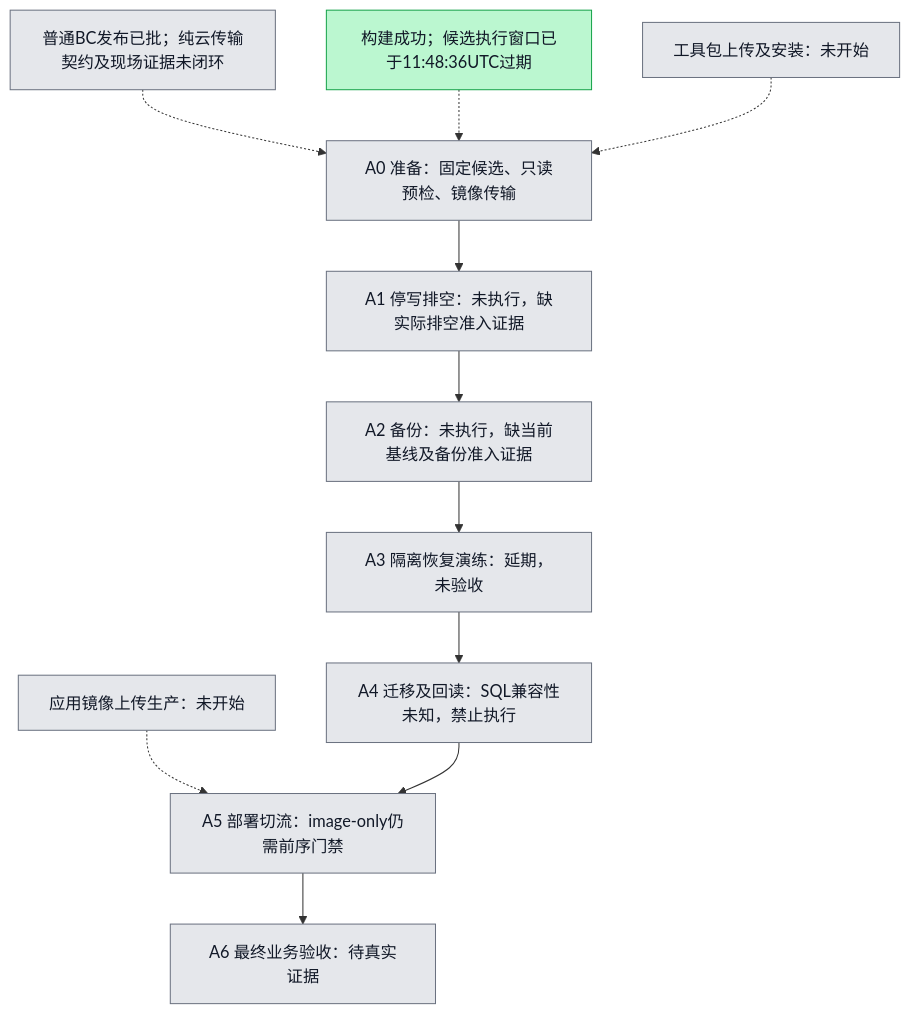
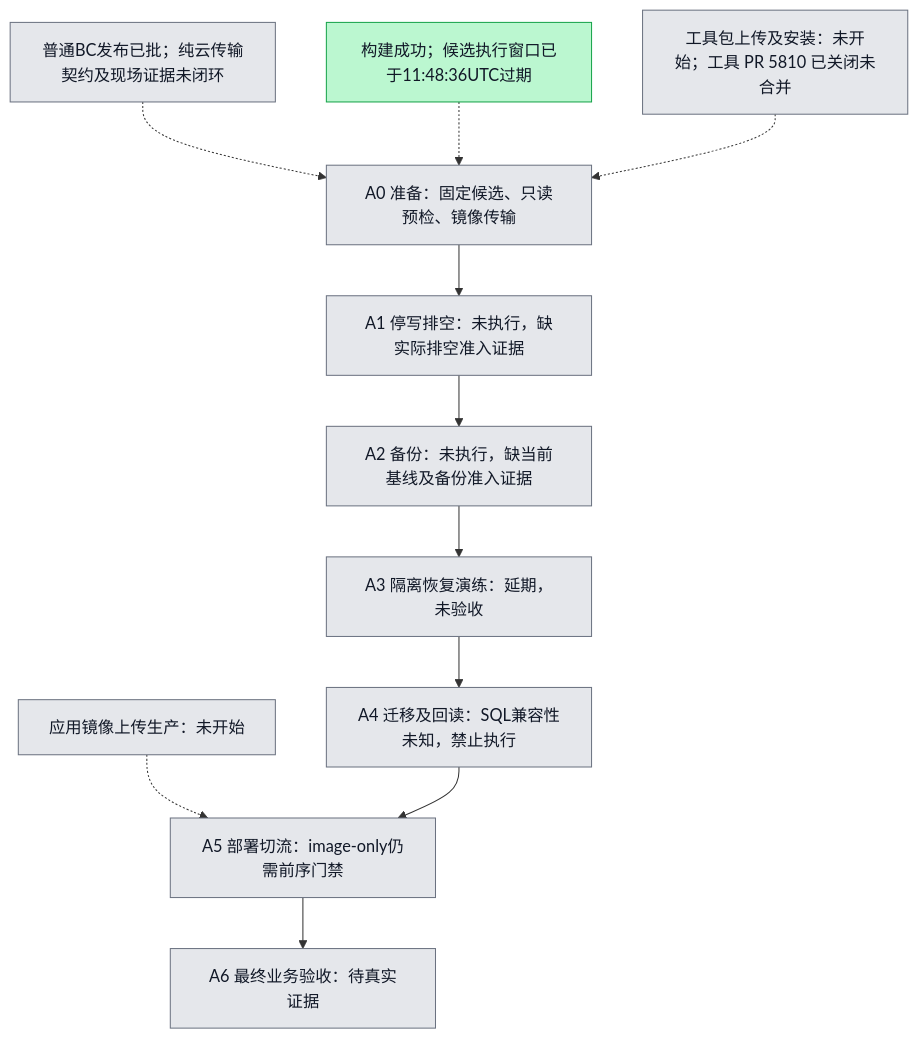
One commit to boardx/workspacex changed the diagram in docs/operations/cn-release-entry/plan.md. Above: the diagram before and after it, drawn with Mermaid. The commit also changed other lines of this file, not shown here.

````diff
--- a/docs/operations/cn-release-entry/plan.md
+++ b/docs/operations/cn-release-entry/plan.md
@@ -16,35 +16,35 @@
 ```mermaid
 flowchart TD
   A0[A0 准备：固定候选、只读预检、镜像传输]
   A1[A1 停写排空：未执行，缺实际排空准入证据]
   A2[A2 备份：未执行，缺当前基线及备份准入证据]
   A3[A3 隔离恢复演练：延期，未验收]
   A4[A4 迁移及回读：SQL兼容性未知，禁止执行]
   A5[A5 部署切流：image-only仍需前序门禁]
   A6[A6 最终业务验收：待真实证据]
   B0[构建成功；候选执行窗口已于11:48:36UTC过期]
-  K0[工具包上传及安装：未开始]
+  K0[工具包上传及安装：未开始；工具 PR 5810 已关闭未合并]
   I0[应用镜像上传生产：未开始]
   C0[普通BC发布已批；纯云传输契约及现场证据未闭环]
   C0 -.-> A0
   B0 -.-> A0
   K0 -.-> A0
   I0 -.-> A5
   A0 --> A1 --> A2 --> A3 --> A4 --> A5 --> A6
   classDef todo fill:#e5e7eb,stroke:#6b7280,color:#111827
   classDef doing fill:#fde68a,stroke:#d97706,color:#111827
   classDef done fill:#bbf7d0,stroke:#16a34a,color:#111827
   classDef tested fill:#ddd6fe,stroke:#7c3aed,color:#111827
   class C0 todo
   %% C0 灰色阻塞说明：普通发布已批准；set原件下载Forbidden，attempt2适配代码待安装验真，A3/A4/A5现场证据未证实；候选已过期；未提交生产调用
   class B0 done
   class K0 todo
   class I0 todo
   class A0 todo
   class A1 todo
   class A2 todo
   class A3 todo
   class A4 todo
   class A5 todo
   class A6 todo
 ```
````
